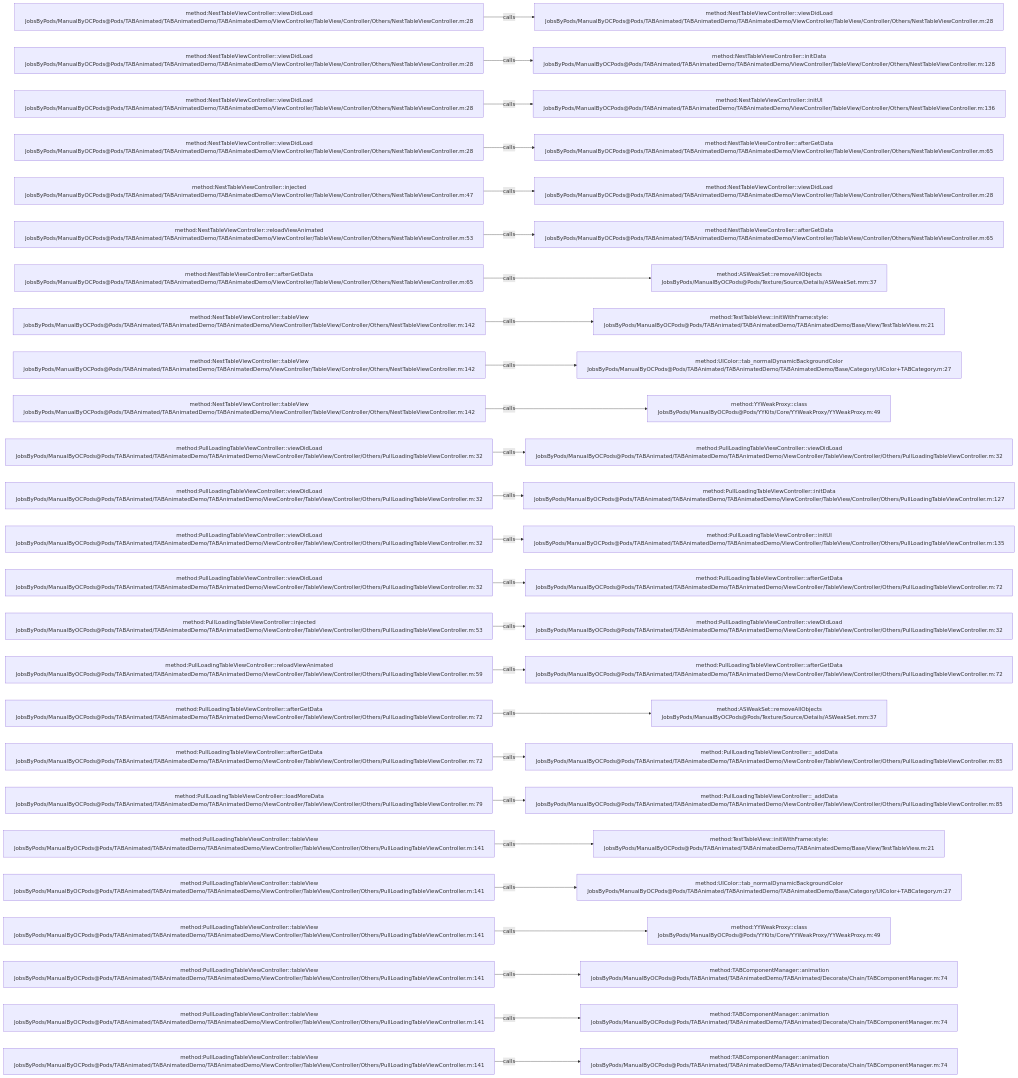
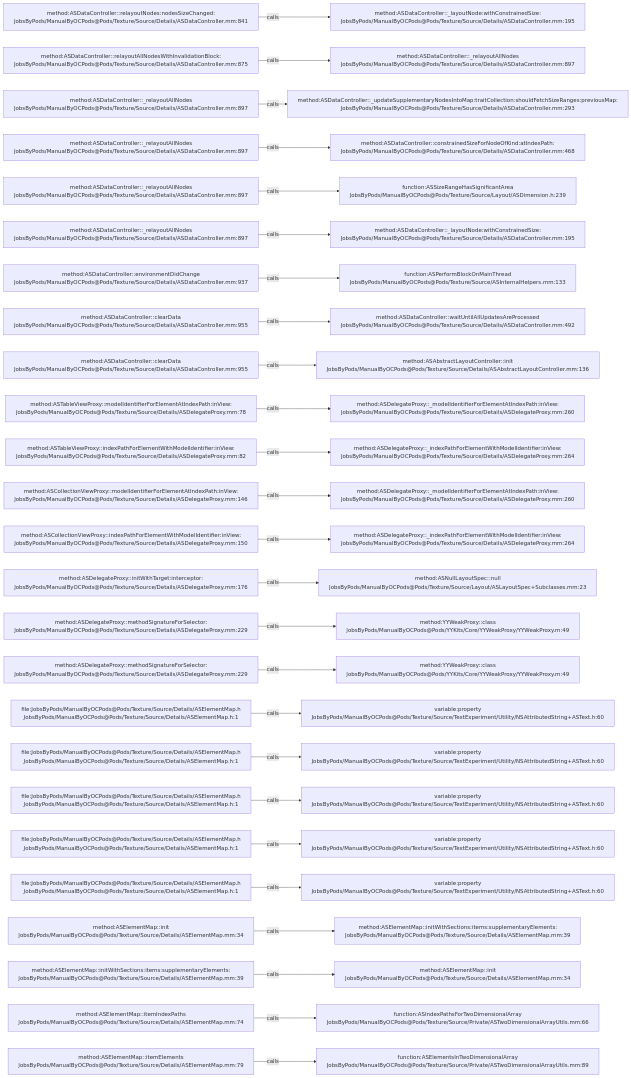
One commit to JobsKits/JobsOCBaseConfigDemo changed the diagram in .codegraph/codegraph.md/graphs/calls-164.md. Above: the diagram before and after it, drawn with Mermaid. The commit also changed 2162 other files, not shown here.

````diff
--- a/.codegraph/codegraph.md/graphs/calls-164.md
+++ b/.codegraph/codegraph.md/graphs/calls-164.md
@@ -13,78 +13,78 @@
 ```mermaid
 flowchart LR
-  S1["method:NestTableViewController::viewDidLoad<br/>JobsByPods/ManualByOCPods@Pods/TABAnimated/TABAnimatedDemo/TABAnimatedDemo/ViewController/TableView/Controller/Others/NestTableViewController.m:28"]
-  T1["method:NestTableViewController::viewDidLoad<br/>JobsByPods/ManualByOCPods@Pods/TABAnimated/TABAnimatedDemo/TABAnimatedDemo/ViewController/TableView/Controller/Others/NestTableViewController.m:28"]
+  S1["method:ASDataController::relayoutNodes:nodesSizeChanged:<br/>JobsByPods/ManualByOCPods@Pods/Texture/Source/Details/ASDataController.mm:841"]
+  T1["method:ASDataController::_layoutNode:withConstrainedSize:<br/>JobsByPods/ManualByOCPods@Pods/Texture/Source/Details/ASDataController.mm:195"]
   S1 -->|calls| T1
-  S2["method:NestTableViewController::viewDidLoad<br/>JobsByPods/ManualByOCPods@Pods/TABAnimated/TABAnimatedDemo/TABAnimatedDemo/ViewController/TableView/Controller/Others/NestTableViewController.m:28"]
-  T2["method:NestTableViewController::initData<br/>JobsByPods/ManualByOCPods@Pods/TABAnimated/TABAnimatedDemo/TABAnimatedDemo/ViewController/TableView/Controller/Others/NestTableViewController.m:128"]
+  S2["method:ASDataController::relayoutAllNodesWithInvalidationBlock:<br/>JobsByPods/ManualByOCPods@Pods/Texture/Source/Details/ASDataController.mm:875"]
+  T2["method:ASDataController::_relayoutAllNodes<br/>JobsByPods/ManualByOCPods@Pods/Texture/Source/Details/ASDataController.mm:897"]
   S2 -->|calls| T2
-  S3["method:NestTableViewController::viewDidLoad<br/>JobsByPods/ManualByOCPods@Pods/TABAnimated/TABAnimatedDemo/TABAnimatedDemo/ViewController/TableView/Controller/Others/NestTableViewController.m:28"]
-  T3["method:NestTableViewController::initUI<br/>JobsByPods/ManualByOCPods@Pods/TABAnimated/TABAnimatedDemo/TABAnimatedDemo/ViewController/TableView/Controller/Others/NestTableViewController.m:136"]
+  S3["method:ASDataController::_relayoutAllNodes<br/>JobsByPods/ManualByOCPods@Pods/Texture/Source/Details/ASDataController.mm:897"]
+  T3["method:ASDataController::_updateSupplementaryNodesIntoMap:traitCollection:shouldFetchSizeRanges:previousMap:<br/>JobsByPods/ManualByOCPods@Pods/Texture/Source/Details/ASDataController.mm:293"]
   S3 -->|calls| T3
-  S4["method:NestTableViewController::viewDidLoad<br/>JobsByPods/ManualByOCPods@Pods/TABAnimated/TABAnimatedDemo/TABAnimatedDemo/ViewController/TableView/Controller/Others/NestTableViewController.m:28"]
-  T4["method:NestTableViewController::afterGetData<br/>JobsByPods/ManualByOCPods@Pods/TABAnimated/TABAnimatedDemo/TABAnimatedDemo/ViewController/TableView/Controller/Others/NestTableViewController.m:65"]
+  S4["method:ASDataController::_relayoutAllNodes<br/>JobsByPods/ManualByOCPods@Pods/Texture/Source/Details/ASDataController.mm:897"]
+  T4["method:ASDataController::constrainedSizeForNodeOfKind:atIndexPath:<br/>JobsByPods/ManualByOCPods@Pods/Texture/Source/Details/ASDataController.mm:468"]
   S4 -->|calls| T4
-  S5["method:NestTableViewController::injected<br/>JobsByPods/ManualByOCPods@Pods/TABAnimated/TABAnimatedDemo/TABAnimatedDemo/ViewController/TableView/Controller/Others/NestTableViewController.m:47"]
-  T5["method:NestTableViewController::viewDidLoad<br/>JobsByPods/ManualByOCPods@Pods/TABAnimated/TABAnimatedDemo/TABAnimatedDemo/ViewController/TableView/Controller/Others/NestTableViewController.m:28"]
+  S5["method:ASDataController::_relayoutAllNodes<br/>JobsByPods/ManualByOCPods@Pods/Texture/Source/Details/ASDataController.mm:897"]
+  T5["function:ASSizeRangeHasSignificantArea<br/>JobsByPods/ManualByOCPods@Pods/Texture/Source/Layout/ASDimension.h:239"]
   S5 -->|calls| T5
-  S6["method:NestTableViewController::reloadViewAnimated<br/>JobsByPods/ManualByOCPods@Pods/TABAnimated/TABAnimatedDemo/TABAnimatedDemo/ViewController/TableView/Controller/Others/NestTableViewController.m:53"]
-  T6["method:NestTableViewController::afterGetData<br/>JobsByPods/ManualByOCPods@Pods/TABAnimated/TABAnimatedDemo/TABAnimatedDemo/ViewController/TableView/Controller/Others/NestTableViewController.m:65"]
+  S6["method:ASDataController::_relayoutAllNodes<br/>JobsByPods/ManualByOCPods@Pods/Texture/Source/Details/ASDataController.mm:897"]
+  T6["method:ASDataController::_layoutNode:withConstrainedSize:<br/>JobsByPods/ManualByOCPods@Pods/Texture/Source/Details/ASDataController.mm:195"]
   S6 -->|calls| T6
-  S7["method:NestTableViewController::afterGetData<br/>JobsByPods/ManualByOCPods@Pods/TABAnimated/TABAnimatedDemo/TABAnimatedDemo/ViewController/TableView/Controller/Others/NestTableViewController.m:65"]
-  T7["method:ASWeakSet::removeAllObjects<br/>JobsByPods/ManualByOCPods@Pods/Texture/Source/Details/ASWeakSet.mm:37"]
+  S7["method:ASDataController::environmentDidChange<br/>JobsByPods/ManualByOCPods@Pods/Texture/Source/Details/ASDataController.mm:937"]
+  T7["function:ASPerformBlockOnMainThread<br/>JobsByPods/ManualByOCPods@Pods/Texture/Source/ASInternalHelpers.mm:133"]
   S7 -->|calls| T7
-  S8["method:NestTableViewController::tableView<br/>JobsByPods/ManualByOCPods@Pods/TABAnimated/TABAnimatedDemo/TABAnimatedDemo/ViewController/TableView/Controller/Others/NestTableViewController.m:142"]
-  T8["method:TestTableView::initWithFrame:style:<br/>JobsByPods/ManualByOCPods@Pods/TABAnimated/TABAnimatedDemo/TABAnimatedDemo/Base/View/TestTableView.m:21"]
+  S8["method:ASDataController::clearData<br/>JobsByPods/ManualByOCPods@Pods/Texture/Source/Details/ASDataController.mm:955"]
+  T8["method:ASDataController::waitUntilAllUpdatesAreProcessed<br/>JobsByPods/ManualByOCPods@Pods/Texture/Source/Details/ASDataController.mm:492"]
   S8 -->|calls| T8
-  S9["method:NestTableViewController::tableView<br/>JobsByPods/ManualByOCPods@Pods/TABAnimated/TABAnimatedDemo/TABAnimatedDemo/ViewController/TableView/Controller/Others/NestTableViewController.m:142"]
-  T9["method:UIColor::tab_normalDynamicBackgroundColor<br/>JobsByPods/ManualByOCPods@Pods/TABAnimated/TABAnimatedDemo/TABAnimatedDemo/Base/Category/UIColor+TABCategory.m:27"]
+  S9["method:ASDataController::clearData<br/>JobsByPods/ManualByOCPods@Pods/Texture/Source/Details/ASDataController.mm:955"]
+  T9["method:ASAbstractLayoutController::init<br/>JobsByPods/ManualByOCPods@Pods/Texture/Source/Details/ASAbstractLayoutController.mm:136"]
   S9 -->|calls| T9
-  S10["method:NestTableViewController::tableView<br/>JobsByPods/ManualByOCPods@Pods/TABAnimated/TABAnimatedDemo/TABAnimatedDemo/ViewController/TableView/Controller/Others/NestTableViewController.m:142"]
-  T10["method:YYWeakProxy::class<br/>JobsByPods/ManualByOCPods@Pods/YYKits/Core/YYWeakProxy/YYWeakProxy.m:49"]
+  S10["method:ASTableViewProxy::modelIdentifierForElementAtIndexPath:inView:<br/>JobsByPods/ManualByOCPods@Pods/Texture/Source/Details/ASDelegateProxy.mm:78"]
+  T10["method:ASDelegateProxy::_modelIdentifierForElementAtIndexPath:inView:<br/>JobsByPods/ManualByOCPods@Pods/Texture/Source/Details/ASDelegateProxy.mm:260"]
   S10 -->|calls| T10
-  S11["method:PullLoadingTableViewController::viewDidLoad<br/>JobsByPods/ManualByOCPods@Pods/TABAnimated/TABAnimatedDemo/TABAnimatedDemo/ViewController/TableView/Controller/Others/PullLoadingTableViewController.m:32"]
-  T11["method:PullLoadingTableViewController::viewDidLoad<br/>JobsByPods/ManualByOCPods@Pods/TABAnimated/TABAnimatedDemo/TABAnimatedDemo/ViewController/TableView/Controller/Others/PullLoadingTableViewController.m:32"]
+  S11["method:ASTableViewProxy::indexPathForElementWithModelIdentifier:inView:<br/>JobsByPods/ManualByOCPods@Pods/Texture/Source/Details/ASDelegateProxy.mm:82"]
+  T11["method:ASDelegateProxy::_indexPathForElementWithModelIdentifier:inView:<br/>JobsByPods/ManualByOCPods@Pods/Texture/Source/Details/ASDelegateProxy.mm:264"]
   S11 -->|calls| T11
-  S12["method:PullLoadingTableViewController::viewDidLoad<br/>JobsByPods/ManualByOCPods@Pods/TABAnimated/TABAnimatedDemo/TABAnimatedDemo/ViewController/TableView/Controller/Others/PullLoadingTableViewController.m:32"]
-  T12["method:PullLoadingTableViewController::initData<br/>JobsByPods/ManualByOCPods@Pods/TABAnimated/TABAnimatedDemo/TABAnimatedDemo/ViewController/TableView/Controller/Others/PullLoadingTableViewController.m:127"]
+  S12["method:ASCollectionViewProxy::modelIdentifierForElementAtIndexPath:inView:<br/>JobsByPods/ManualByOCPods@Pods/Texture/Source/Details/ASDelegateProxy.mm:146"]
+  T12["method:ASDelegateProxy::_modelIdentifierForElementAtIndexPath:inView:<br/>JobsByPods/ManualByOCPods@Pods/Texture/Source/Details/ASDelegateProxy.mm:260"]
   S12 -->|calls| T12
-  S13["method:PullLoadingTableViewController::viewDidLoad<br/>JobsByPods/ManualByOCPods@Pods/TABAnimated/TABAnimatedDemo/TABAnimatedDemo/ViewController/TableView/Controller/Others/PullLoadingTableViewController.m:32"]
-  T13["method:PullLoadingTableViewController::initUI<br/>JobsByPods/ManualByOCPods@Pods/TABAnimated/TABAnimatedDemo/TABAnimatedDemo/ViewController/TableView/Controller/Others/PullLoadingTableViewController.m:135"]
+  S13["method:ASCollectionViewProxy::indexPathForElementWithModelIdentifier:inView:<br/>JobsByPods/ManualByOCPods@Pods/Texture/Source/Details/ASDelegateProxy.mm:150"]
+  T13["method:ASDelegateProxy::_indexPathForElementWithModelIdentifier:inView:<br/>JobsByPods/ManualByOCPods@Pods/Texture/Source/Details/ASDelegateProxy.mm:264"]
   S13 -->|calls| T13
-  S14["method:PullLoadingTableViewController::viewDidLoad<br/>JobsByPods/ManualByOCPods@Pods/TABAnimated/TABAnimatedDemo/TABAnimatedDemo/ViewController/TableView/Controller/Others/PullLoadingTableViewController.m:32"]
-  T14["method:PullLoadingTableViewController::afterGetData<br/>JobsByPods/ManualByOCPods@Pods/TABAnimated/TABAnimatedDemo/TABAnimatedDemo/ViewController/TableView/Controller/Others/PullLoadingTableViewController.m:72"]
+  S14["method:ASDelegateProxy::initWithTarget:interceptor:<br/>JobsByPods/ManualByOCPods@Pods/Texture/Source/Details/ASDelegateProxy.mm:176"]
+  T14["method:ASNullLayoutSpec::null<br/>JobsByPods/ManualByOCPods@Pods/Texture/Source/Layout/ASLayoutSpec+Subclasses.mm:23"]
   S14 -->|calls| T14
-  S15["method:PullLoadingTableViewController::injected<br/>JobsByPods/ManualByOCPods@Pods/TABAnimated/TABAnimatedDemo/TABAnimatedDemo/ViewController/TableView/Controller/Others/PullLoadingTableViewController.m:53"]
-  T15["method:PullLoadingTableViewController::viewDidLoad<br/>JobsByPods/ManualByOCPods@Pods/TABAnimated/TABAnimatedDemo/TABAnimatedDemo/ViewController/TableView/Controller/Others/PullLoadingTableViewController.m:32"]
+  S15["method:ASDelegateProxy::methodSignatureForSelector:<br/>JobsByPods/ManualByOCPods@Pods/Texture/Source/Details/ASDelegateProxy.mm:229"]
+  T15["method:YYWeakProxy::class<br/>JobsByPods/ManualByOCPods@Pods/YYKits/Core/YYWeakProxy/YYWeakProxy.m:49"]
   S15 -->|calls| T15
-  S16["method:PullLoadingTableViewController::reloadViewAnimated<br/>JobsByPods/ManualByOCPods@Pods/TABAnimated/TABAnimatedDemo/TABAnimatedDemo/ViewController/TableView/Controller/Others/PullLoadingTableViewController.m:59"]
-  T16["method:PullLoadingTableViewController::afterGetData<br/>JobsByPods/ManualByOCPods@Pods/TABAnimated/TABAnimatedDemo/TABAnimatedDemo/ViewController/TableView/Controller/Others/PullLoadingTableViewController.m:72"]
+  S16["method:ASDelegateProxy::methodSignatureForSelector:<br/>JobsByPods/ManualByOCPods@Pods/Texture/Source/Details/ASDelegateProxy.mm:229"]
+  T16["method:YYWeakProxy::class<br/>JobsByPods/ManualByOCPods@Pods/YYKits/Core/YYWeakProxy/YYWeakProxy.m:49"]
   S16 -->|calls| T16
-  S17["method:PullLoadingTableViewController::afterGetData<br/>JobsByPods/ManualByOCPods@Pods/TABAnimated/TABAnimatedDemo/TABAnimatedDemo/ViewController/TableView/Controller/Others/PullLoadingTableViewController.m:72"]
-  T17["method:ASWeakSet::removeAllObjects<br/>JobsByPods/ManualByOCPods@Pods/Texture/Source/Details/ASWeakSet.mm:37"]
+  S17["file:JobsByPods/ManualByOCPods@Pods/Texture/Source/Details/ASElementMap.h<br/>JobsByPods/ManualByOCPods@Pods/Texture/Source/Details/ASElementMap.h:1"]
+  T17["variable:property<br/>JobsByPods/ManualByOCPods@Pods/Texture/Source/TextExperiment/Utility/NSAttributedString+ASText.h:60"]
   S17 -->|calls| T17
-  S18["method:PullLoadingTableViewController::afterGetData<br/>JobsByPods/ManualByOCPods@Pods/TABAnimated/TABAnimatedDemo/TABAnimatedDemo/ViewController/TableView/Controller/Others/PullLoadingTableViewController.m:72"]
-  T18["method:PullLoadingTableViewController::_addData<br/>JobsByPods/ManualByOCPods@Pods/TABAnimated/TABAnimatedDemo/TABAnimatedDemo/ViewController/TableView/Controller/Others/PullLoadingTableViewController.m:85"]
+  S18["file:JobsByPods/ManualByOCPods@Pods/Texture/Source/Details/ASElementMap.h<br/>JobsByPods/ManualByOCPods@Pods/Texture/Source/Details/ASElementMap.h:1"]
+  T18["variable:property<br/>JobsByPods/ManualByOCPods@Pods/Texture/Source/TextExperiment/Utility/NSAttributedString+ASText.h:60"]
   S18 -->|calls| T18
-  S19["method:PullLoadingTableViewController::loadMoreData<br/>JobsByPods/ManualByOCPods@Pods/TABAnimated/TABAnimatedDemo/TABAnimatedDemo/ViewController/TableView/Controller/Others/PullLoadingTableViewController.m:79"]
-  T19["method:PullLoadingTableViewController::_addData<br/>JobsByPods/ManualByOCPods@Pods/TABAnimated/TABAnimatedDemo/TABAnimatedDemo/ViewController/TableView/Controller/Others/PullLoadingTableViewController.m:85"]
+  S19["file:JobsByPods/ManualByOCPods@Pods/Texture/Source/Details/ASElementMap.h<br/>JobsByPods/ManualByOCPods@Pods/Texture/Source/Details/ASElementMap.h:1"]
+  T19["variable:property<br/>JobsByPods/ManualByOCPods@Pods/Texture/Source/TextExperiment/Utility/NSAttributedString+ASText.h:60"]
   S19 -->|calls| T19
-  S20["method:PullLoadingTableViewController::tableView<br/>JobsByPods/ManualByOCPods@Pods/TABAnimated/TABAnimatedDemo/TABAnimatedDemo/ViewController/TableView/Controller/Others/PullLoadingTableViewController.m:141"]
-  T20["method:TestTableView::initWithFrame:style:<br/>JobsByPods/ManualByOCPods@Pods/TABAnimated/TABAnimatedDemo/TABAnimatedDemo/Base/View/TestTableView.m:21"]
+  S20["file:JobsByPods/ManualByOCPods@Pods/Texture/Source/Details/ASElementMap.h<br/>JobsByPods/ManualByOCPods@Pods/Texture/Source/Details/ASElementMap.h:1"]
+  T20["variable:property<br/>JobsByPods/ManualByOCPods@Pods/Texture/Source/TextExperiment/Utility/NSAttributedString+ASText.h:60"]
   S20 -->|calls| T20
-  S21["method:PullLoadingTableViewController::tableView<br/>JobsByPods/ManualByOCPods@Pods/TABAnimated/TABAnimatedDemo/TABAnimatedDemo/ViewController/TableView/Controller/Others/PullLoadingTableViewController.m:141"]
-  T21["method:UIColor::tab_normalDynamicBackgroundColor<br/>JobsByPods/ManualByOCPods@Pods/TABAnimated/TABAnimatedDemo/TABAnimatedDemo/Base/Category/UIColor+TABCategory.m:27"]
+  S21["file:JobsByPods/ManualByOCPods@Pods/Texture/Source/Details/ASElementMap.h<br/>JobsByPods/ManualByOCPods@Pods/Texture/Source/Details/ASElementMap.h:1"]
+  T21["variable:property<br/>JobsByPods/ManualByOCPods@Pods/Texture/Source/TextExperiment/Utility/NSAttributedString+ASText.h:60"]
   S21 -->|calls| T21
-  S22["method:PullLoadingTableViewController::tableView<br/>JobsByPods/ManualByOCPods@Pods/TABAnimated/TABAnimatedDemo/TABAnimatedDemo/ViewController/TableView/Controller/Others/PullLoadingTableViewController.m:141"]
-  T22["method:YYWeakProxy::class<br/>JobsByPods/ManualByOCPods@Pods/YYKits/Core/YYWeakProxy/YYWeakProxy.m:49"]
+  S22["method:ASElementMap::init<br/>JobsByPods/ManualByOCPods@Pods/Texture/Source/Details/ASElementMap.mm:34"]
+  T22["method:ASElementMap::initWithSections:items:supplementaryElements:<br/>JobsByPods/ManualByOCPods@Pods/Texture/Source/Details/ASElementMap.mm:39"]
   S22 -->|calls| T22
-  S23["method:PullLoadingTableViewController::tableView<br/>JobsByPods/ManualByOCPods@Pods/TABAnimated/TABAnimatedDemo/TABAnimatedDemo/ViewController/TableView/Controller/Others/PullLoadingTableViewController.m:141"]
-  T23["method:TABComponentManager::animation<br/>JobsByPods/ManualByOCPods@Pods/TABAnimated/TABAnimatedDemo/TABAnimated/Decorate/Chain/TABComponentManager.m:74"]
+  S23["method:ASElementMap::initWithSections:items:supplementaryElements:<br/>JobsByPods/ManualByOCPods@Pods/Texture/Source/Details/ASElementMap.mm:39"]
+  T23["method:ASElementMap::init<br/>JobsByPods/ManualByOCPods@Pods/Texture/Source/Details/ASElementMap.mm:34"]
   S23 -->|calls| T23
-  S24["method:PullLoadingTableViewController::tableView<br/>JobsByPods/ManualByOCPods@Pods/TABAnimated/TABAnimatedDemo/TABAnimatedDemo/ViewController/TableView/Controller/Others/PullLoadingTableViewController.m:141"]
-  T24["method:TABComponentManager::animation<br/>JobsByPods/ManualByOCPods@Pods/TABAnimated/TABAnimatedDemo/TABAnimated/Decorate/Chain/TABComponentManager.m:74"]
+  S24["method:ASElementMap::itemIndexPaths<br/>JobsByPods/ManualByOCPods@Pods/Texture/Source/Details/ASElementMap.mm:74"]
+  T24["function:ASIndexPathsForTwoDimensionalArray<br/>JobsByPods/ManualByOCPods@Pods/Texture/Source/Private/ASTwoDimensionalArrayUtils.mm:66"]
   S24 -->|calls| T24
-  S25["method:PullLoadingTableViewController::tableView<br/>JobsByPods/ManualByOCPods@Pods/TABAnimated/TABAnimatedDemo/TABAnimatedDemo/ViewController/TableView/Controller/Others/PullLoadingTableViewController.m:141"]
-  T25["method:TABComponentManager::animation<br/>JobsByPods/ManualByOCPods@Pods/TABAnimated/TABAnimatedDemo/TABAnimated/Decorate/Chain/TABComponentManager.m:74"]
+  S25["method:ASElementMap::itemElements<br/>JobsByPods/ManualByOCPods@Pods/Texture/Source/Details/ASElementMap.mm:79"]
+  T25["function:ASElementsInTwoDimensionalArray<br/>JobsByPods/ManualByOCPods@Pods/Texture/Source/Private/ASTwoDimensionalArrayUtils.mm:89"]
   S25 -->|calls| T25
 ```
````
